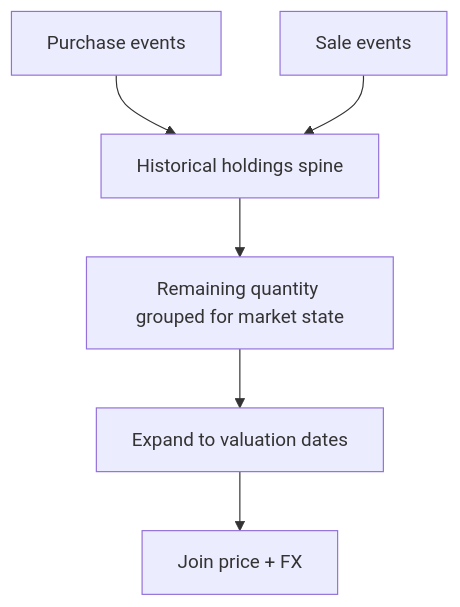
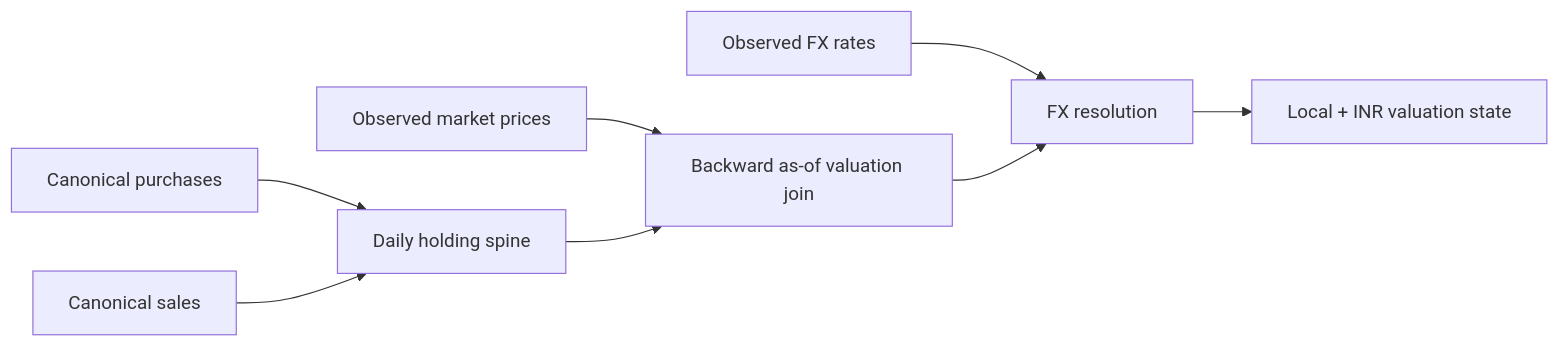
Before and after one commit to tks18/personal-finance-etl: the first of 4 diagrams in docs/finance/investment-market-reconstruction.md, drawn with Mermaid. The commit also changed other lines of this file and 11 other files, not shown here.

````diff
--- a/docs/finance/investment-market-reconstruction.md
+++ b/docs/finance/investment-market-reconstruction.md
@@ -77,8 +16,15 @@
 ```mermaid
-flowchart TD
-    P[Purchase events] --> H[Historical holdings spine]
-    S[Sale events] --> H
-    H --> G[Remaining quantity grouped for market state]
-    G --> D[Expand to valuation dates]
-    D --> J[Join price + FX]
+flowchart LR
+    P["Canonical purchases"]
+    S["Canonical sales"]
+    PX["Observed market prices"]
+    FX["Observed FX rates"]
+
+    P --> H["Daily holding spine"]
+    S --> H
+    PX --> J["Backward as-of valuation join"]
+    H --> J
+    FX --> F["FX resolution"]
+    J --> F
+    F --> V["Local + INR valuation state"]
 ```
````
